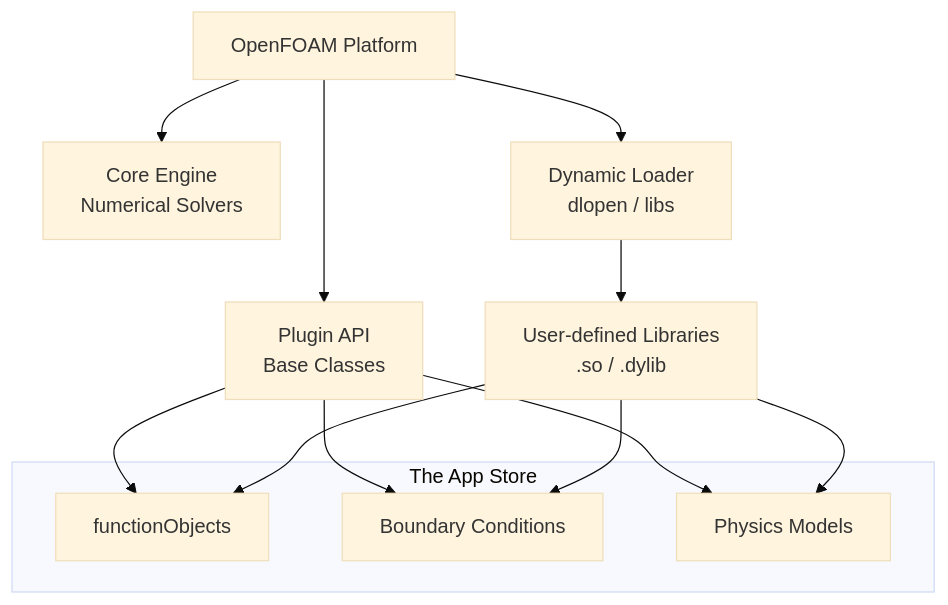
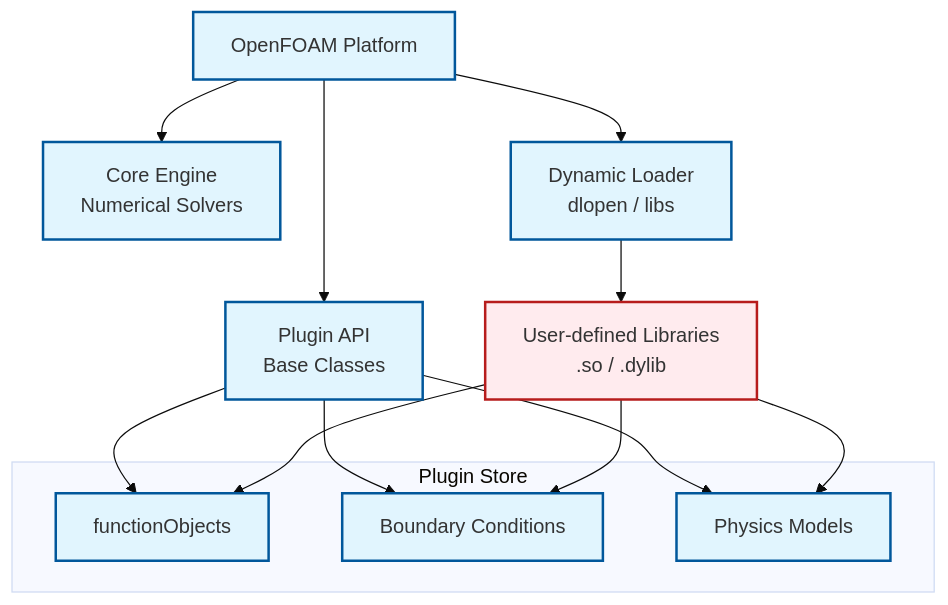
The diagram in MODULE_09_ADVANCED_TOPICS/CONTENT/06_ARCHITECTURE_EXTENSIBILITY/01_Introduction.md (wramet/build-my-cfd), drawn with Mermaid (base theme) before and after one commit. The commit also changed 313 other files, not shown here.

Commit message:
Revise all diagram

````diff
--- a/MODULE_09_ADVANCED_TOPICS/CONTENT/06_ARCHITECTURE_EXTENSIBILITY/01_Introduction.md
+++ b/MODULE_09_ADVANCED_TOPICS/CONTENT/06_ARCHITECTURE_EXTENSIBILITY/01_Introduction.md
@@ -83,21 +83,21 @@
 ```mermaid
 graph TD
-    A[OpenFOAM Platform] --> B[Core Engine<br/>Numerical Solvers]
-    A --> C[Plugin API<br/>Base Classes]
-    A --> D[Dynamic Loader<br/>dlopen / libs]
-
-    C --> C1[functionObjects]
-    C --> C2[Boundary Conditions]
-    C --> C3[Physics Models]
-
-    D --> E[User-defined Libraries<br/>.so / .dylib]
-    E --> C1
-    E --> C2
-    E --> C3
-
-    subgraph "The App Store"
-    C1
-    C2
-    C3
-    end
+classDef implicit fill:#e1f5fe,stroke:#01579b,stroke-width:2px
+classDef explicit fill:#ffebee,stroke:#b71c1c,stroke-width:2px
+classDef success fill:#e8f5e9,stroke:#2e7d32,stroke-width:2px
+A[OpenFOAM Platform]:::implicit --> B[Core Engine<br/>Numerical Solvers]:::implicit
+A --> C[Plugin API<br/>Base Classes]:::implicit
+A --> D[Dynamic Loader<br/>dlopen / libs]:::implicit
+C --> C1[functionObjects]:::implicit
+C --> C2[Boundary Conditions]:::implicit
+C --> C3[Physics Models]:::implicit
+D --> E[User-defined Libraries<br/>.so / .dylib]:::explicit
+E --> C1
+E --> C2
+E --> C3
+subgraph "Plugin Store"
+C1
+C2
+C3
+end
 ```
````
